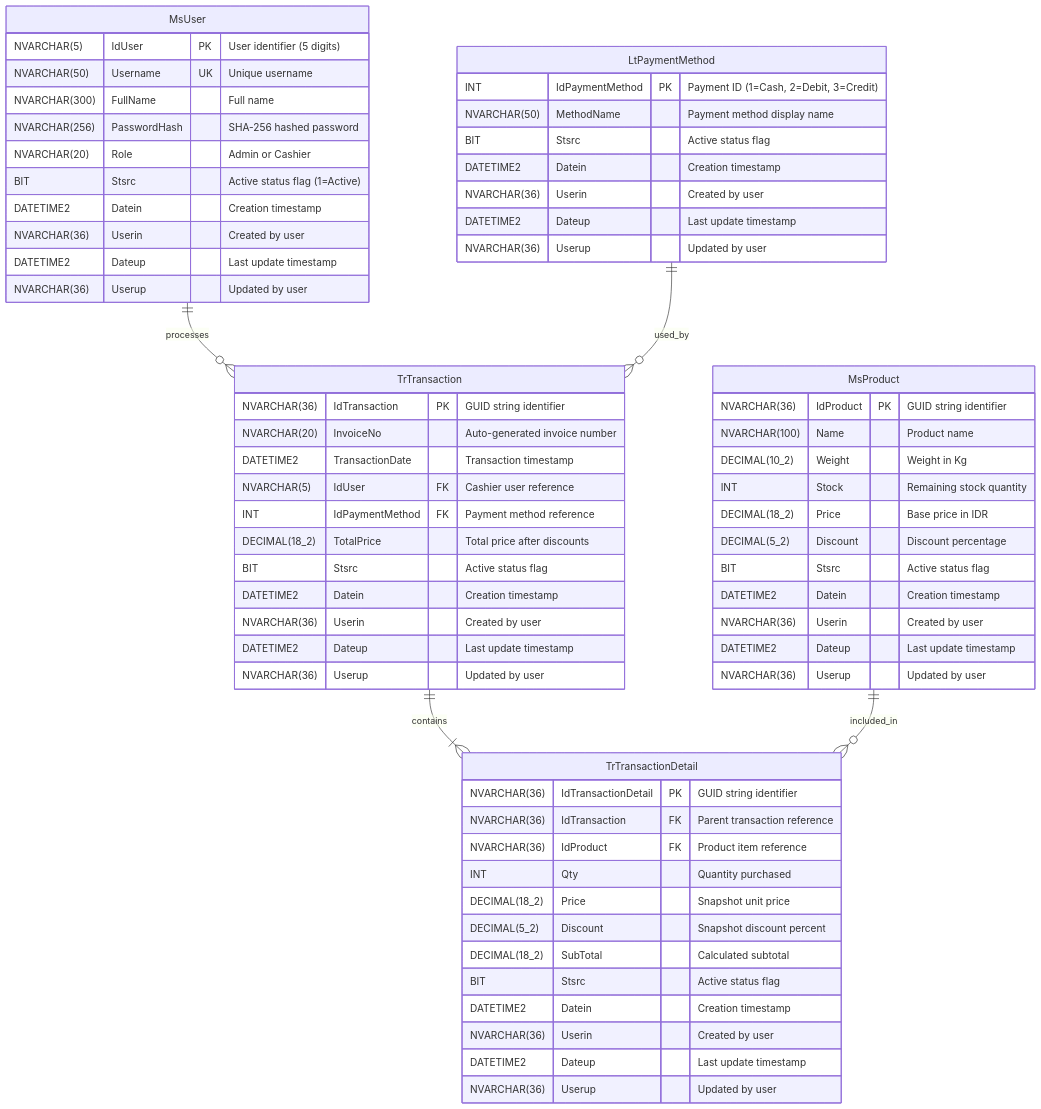
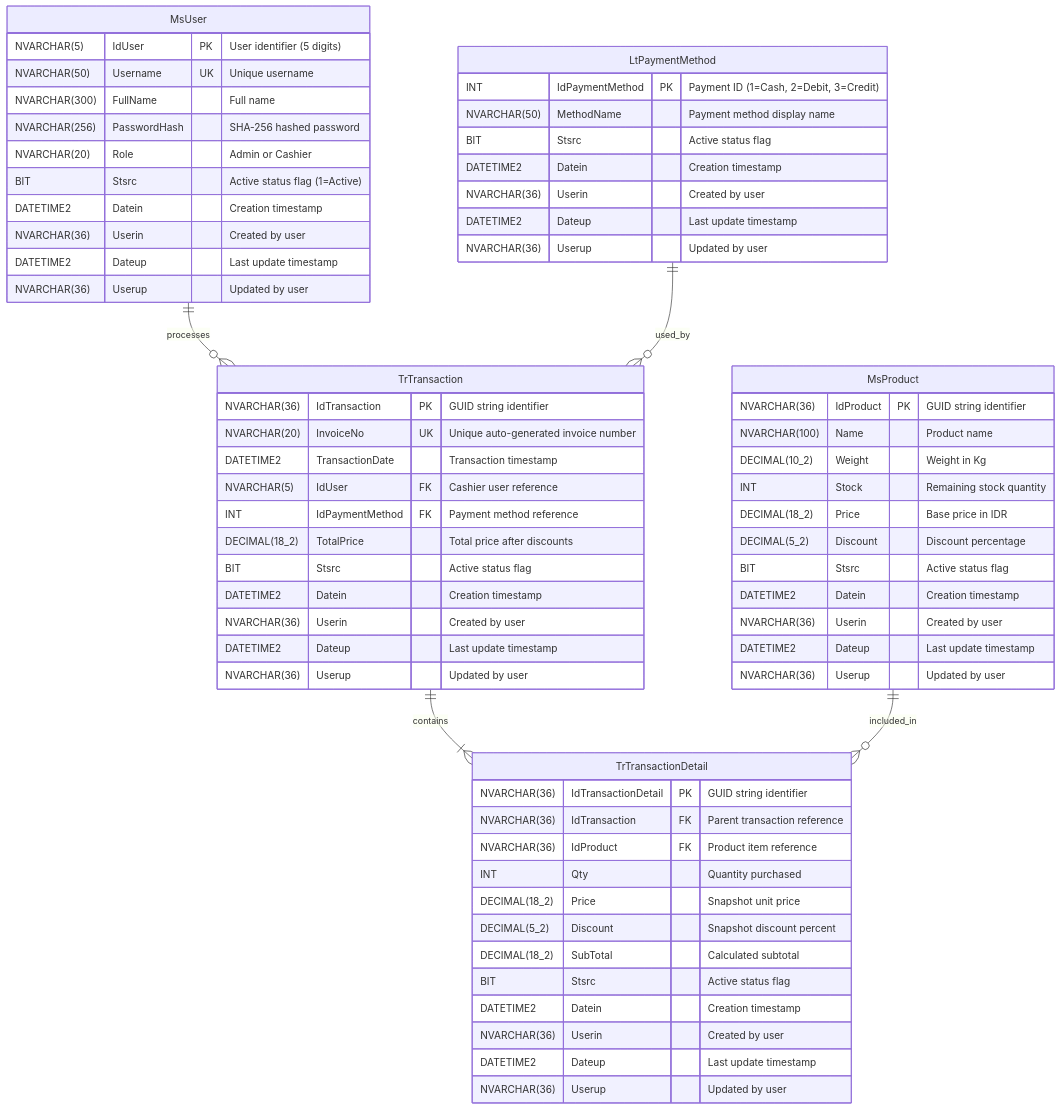
The diagram in docs-architect/DATABASE_ERD.md (ZengLLQ/beemar), drawn with Mermaid before and after one commit. The commit also changed other lines of this file and 14 other files, not shown here.

````diff
--- a/docs-architect/DATABASE_ERD.md
+++ b/docs-architect/DATABASE_ERD.md
@@ -5,73 +5,73 @@
 ```mermaid
 erDiagram
     MsUser ||--o{ TrTransaction : "processes"
     LtPaymentMethod ||--o{ TrTransaction : "used_by"
     TrTransaction ||--|{ TrTransactionDetail : "contains"
     MsProduct ||--o{ TrTransactionDetail : "included_in"
 
     MsUser {
         NVARCHAR(5) IdUser PK "User identifier (5 digits)"
         NVARCHAR(50) Username UK "Unique username"
         NVARCHAR(300) FullName "Full name"
         NVARCHAR(256) PasswordHash "SHA-256 hashed password"
         NVARCHAR(20) Role "Admin or Cashier"
         BIT Stsrc "Active status flag (1=Active)"
         DATETIME2 Datein "Creation timestamp"
         NVARCHAR(36) Userin "Created by user"
         DATETIME2 Dateup "Last update timestamp"
         NVARCHAR(36) Userup "Updated by user"
     }
 
     LtPaymentMethod {
         INT IdPaymentMethod PK "Payment ID (1=Cash, 2=Debit, 3=Credit)"
         NVARCHAR(50) MethodName "Payment method display name"
         BIT Stsrc "Active status flag"
         DATETIME2 Datein "Creation timestamp"
         NVARCHAR(36) Userin "Created by user"
         DATETIME2 Dateup "Last update timestamp"
         NVARCHAR(36) Userup "Updated by user"
     }
 
     MsProduct {
         NVARCHAR(36) IdProduct PK "GUID string identifier"
         NVARCHAR(100) Name "Product name"
         DECIMAL(10_2) Weight "Weight in Kg"
         INT Stock "Remaining stock quantity"
         DECIMAL(18_2) Price "Base price in IDR"
         DECIMAL(5_2) Discount "Discount percentage"
         BIT Stsrc "Active status flag"
         DATETIME2 Datein "Creation timestamp"
         NVARCHAR(36) Userin "Created by user"
         DATETIME2 Dateup "Last update timestamp"
         NVARCHAR(36) Userup "Updated by user"
     }
 
     TrTransaction {
         NVARCHAR(36) IdTransaction PK "GUID string identifier"
-        NVARCHAR(20) InvoiceNo "Auto-generated invoice number"
+        NVARCHAR(20) InvoiceNo UK "Unique auto-generated invoice number"
         DATETIME2 TransactionDate "Transaction timestamp"
         NVARCHAR(5) IdUser FK "Cashier user reference"
         INT IdPaymentMethod FK "Payment method reference"
         DECIMAL(18_2) TotalPrice "Total price after discounts"
         BIT Stsrc "Active status flag"
         DATETIME2 Datein "Creation timestamp"
         NVARCHAR(36) Userin "Created by user"
         DATETIME2 Dateup "Last update timestamp"
         NVARCHAR(36) Userup "Updated by user"
     }
 
     TrTransactionDetail {
         NVARCHAR(36) IdTransactionDetail PK "GUID string identifier"
         NVARCHAR(36) IdTransaction FK "Parent transaction reference"
         NVARCHAR(36) IdProduct FK "Product item reference"
         INT Qty "Quantity purchased"
         DECIMAL(18_2) Price "Snapshot unit price"
         DECIMAL(5_2) Discount "Snapshot discount percent"
         DECIMAL(18_2) SubTotal "Calculated subtotal"
         BIT Stsrc "Active status flag"
         DATETIME2 Datein "Creation timestamp"
         NVARCHAR(36) Userin "Created by user"
         DATETIME2 Dateup "Last update timestamp"
         NVARCHAR(36) Userup "Updated by user"
     }
 ```
````
